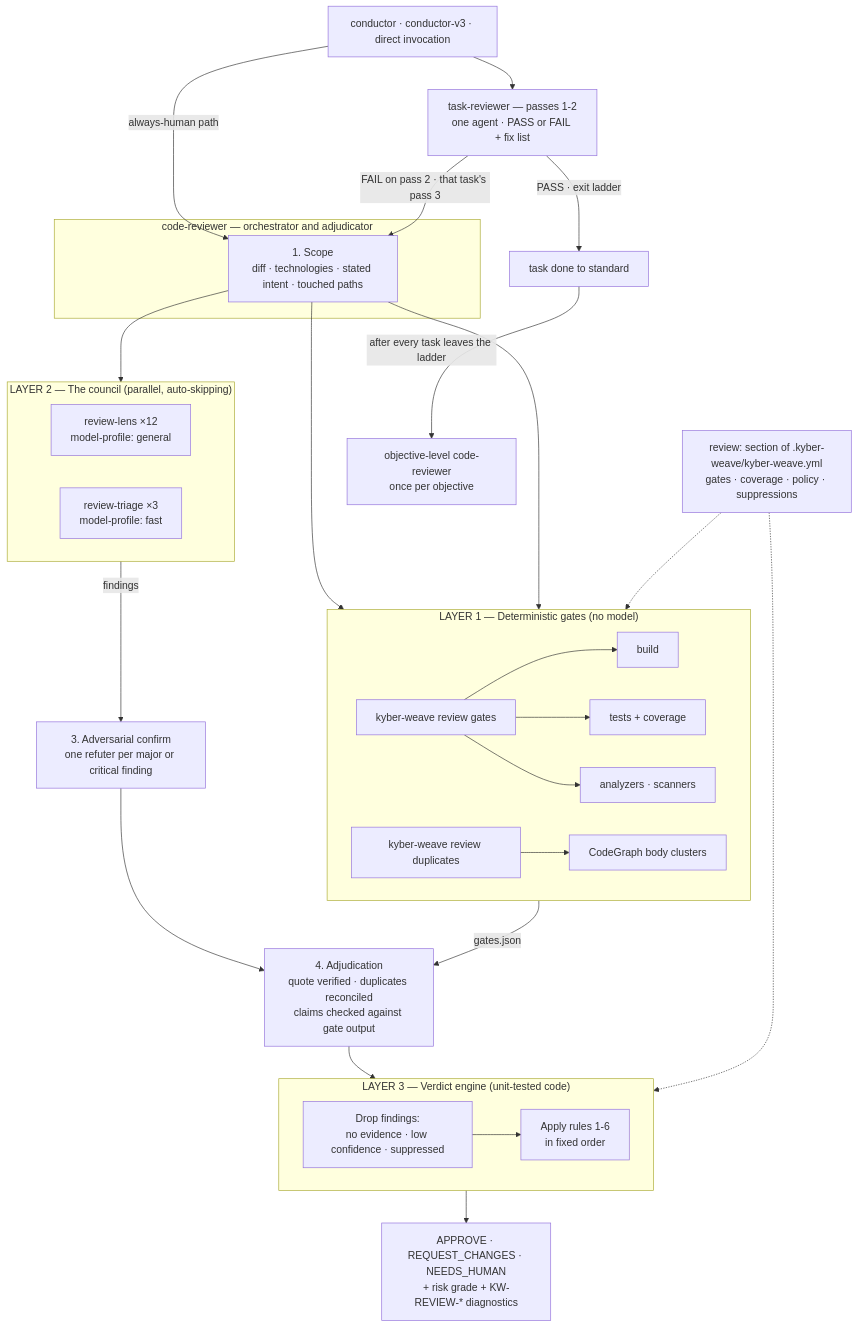
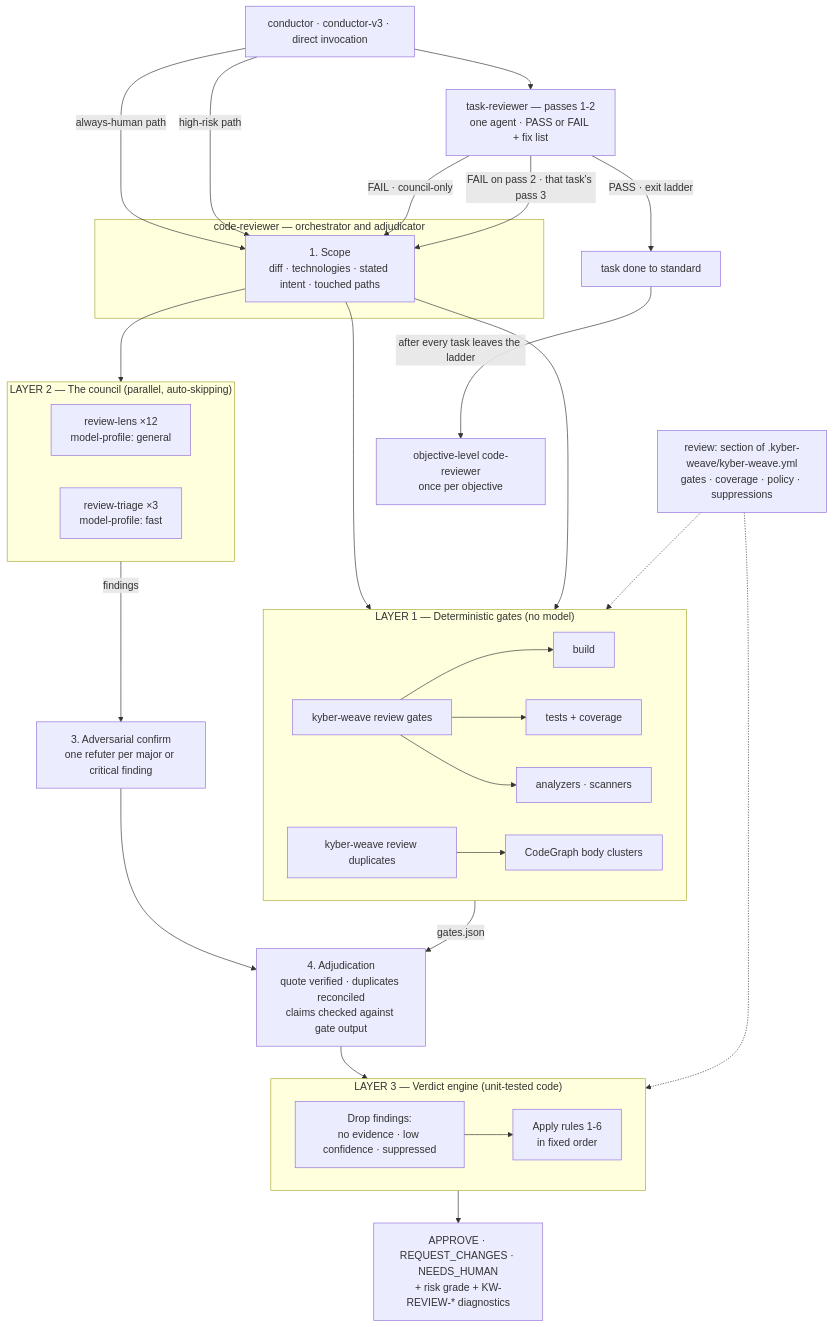
Before and after one commit to dpalfery/kyber-weave: the first of 4 diagrams in docs/code-review/architecture.md, drawn with Mermaid. The commit also changed other lines of this file and 6 other files, not shown here.

````diff
--- a/docs/code-review/architecture.md
+++ b/docs/code-review/architecture.md
@@ -40,46 +40,48 @@
 ```mermaid
 flowchart TD
     Cfg["review: section of .kyber-weave/kyber-weave.yml<br/>gates · coverage · policy · suppressions"]
     Caller["conductor · conductor-v3 · direct invocation"] --> Ladder
     Caller -->|"always-human path"| Scope
+    Caller -->|"high-risk path"| Scope
     Ladder["task-reviewer — passes 1-2<br/>one agent · PASS or FAIL + fix list"]
     Ladder -->|"PASS · exit ladder"| TaskDone["task done to standard"]
+    Ladder -->|"FAIL · council-only"| Scope
     Ladder -->|"FAIL on pass 2 · that task's pass 3"| Scope
     TaskDone -->|"after every task leaves the ladder"| ObjReview["objective-level code-reviewer<br/>once per objective"]
 
     subgraph CR["code-reviewer — orchestrator and adjudicator"]
         Scope["1. Scope<br/>diff · technologies · stated intent · touched paths"]
     end
 
     Scope --> GR
     Scope --> DG
     Scope --> Council
 
     subgraph Gates["LAYER 1 — Deterministic gates (no model)"]
         direction LR
         GR["kyber-weave review gates"] --> G1["build"] & G2["tests + coverage"] & G3["analyzers · scanners"]
         DG["kyber-weave review duplicates"] --> G4["CodeGraph body clusters"]
     end
 
     subgraph Council["LAYER 2 — The council (parallel, auto-skipping)"]
         direction LR
         RL["review-lens ×12<br/>model-profile: general"]
         RT["review-triage ×3<br/>model-profile: fast"]
     end
 
     Council -->|"findings"| Confirm["3. Adversarial confirm<br/>one refuter per major or critical finding"]
     Confirm --> Adjudicate
     Gates -->|"gates.json"| Adjudicate
 
     Adjudicate["4. Adjudication<br/>quote verified · duplicates reconciled<br/>claims checked against gate output"] --> VE
 
     subgraph VE["LAYER 3 — Verdict engine (unit-tested code)"]
         direction LR
         Drop["Drop findings:<br/>no evidence · low confidence · suppressed"] --> Rules["Apply rules 1-6<br/>in fixed order"]
     end
 
     VE --> Out["APPROVE · REQUEST_CHANGES · NEEDS_HUMAN<br/>+ risk grade + KW-REVIEW-* diagnostics"]
 
     Cfg -.-> Gates
     Cfg -.-> VE
 ```
````
